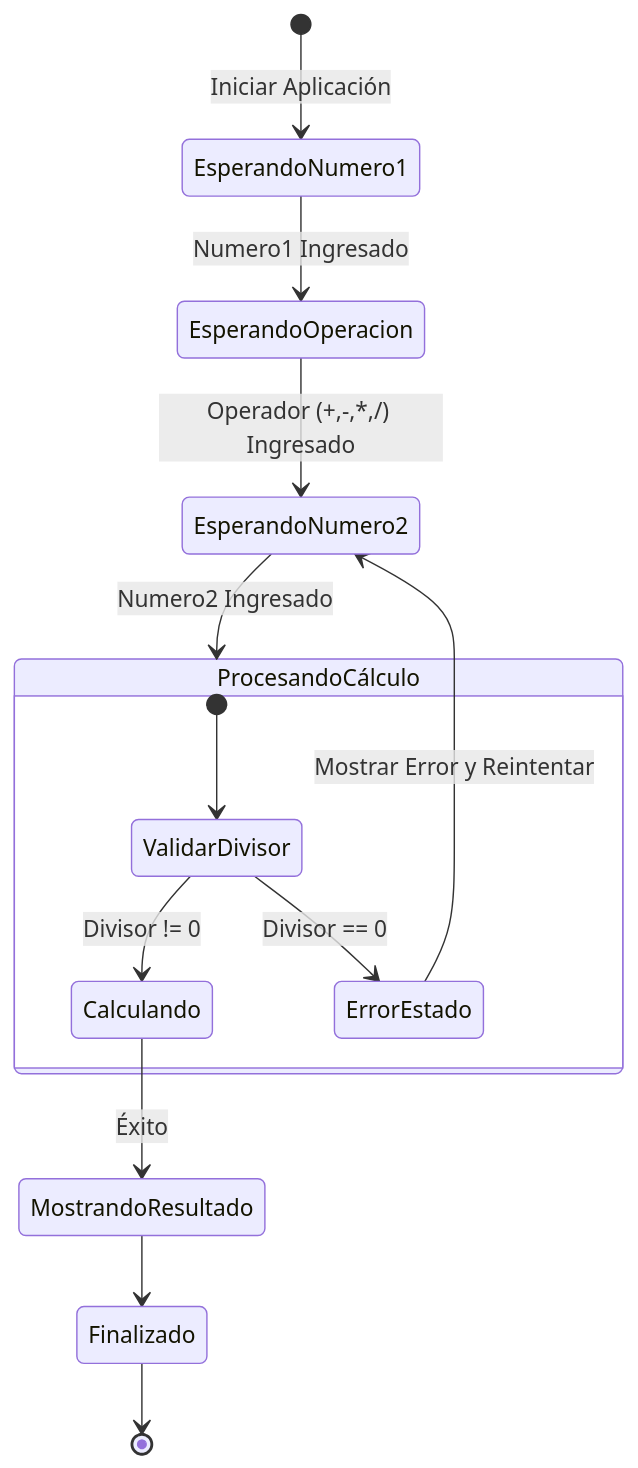
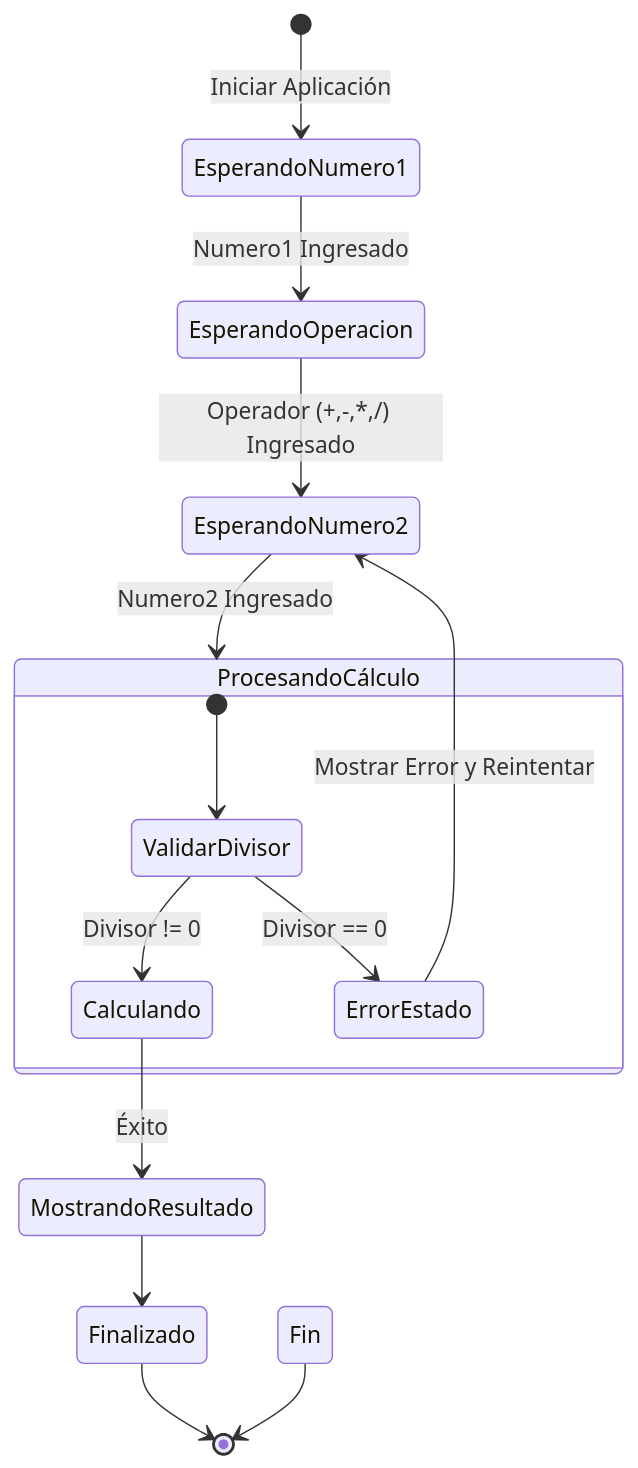
One commit to IveEva/UML_Draw_io changed the third of 3 diagrams in README.md. Above: the diagram before and after it, drawn with Mermaid.

````diff
--- a/README.md
+++ b/README.md
@@ -67,22 +67,23 @@
 ```mermaid
 stateDiagram-v2
     [*] --> EsperandoNumero1: Iniciar Aplicación
     
     EsperandoNumero1 --> EsperandoOperacion: Numero1 Ingresado
     
     EsperandoOperacion --> EsperandoNumero2: Operador (+,-,*,/) Ingresado
     
     EsperandoNumero2 --> ProcesandoCálculo: Numero2 Ingresado
     
     state ProcesandoCálculo {
         [*] --> ValidarDivisor
         ValidarDivisor --> Calculando: Divisor != 0
         ValidarDivisor --> ErrorEstado: Divisor == 0
     }
     
     Calculando --> MostrandoResultado: Éxito
     ErrorEstado --> EsperandoNumero2: Mostrar Error y Reintentar
     
     MostrandoResultado --> Finalizado
     Finalizado --> [*]
+Fin --> [*]
 ```
````
